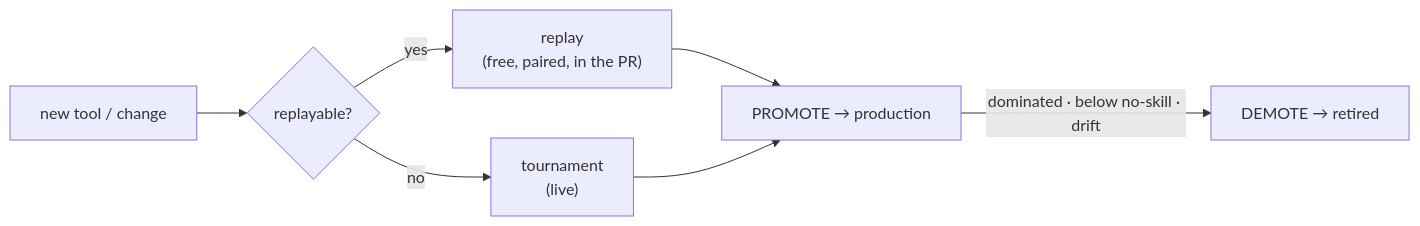
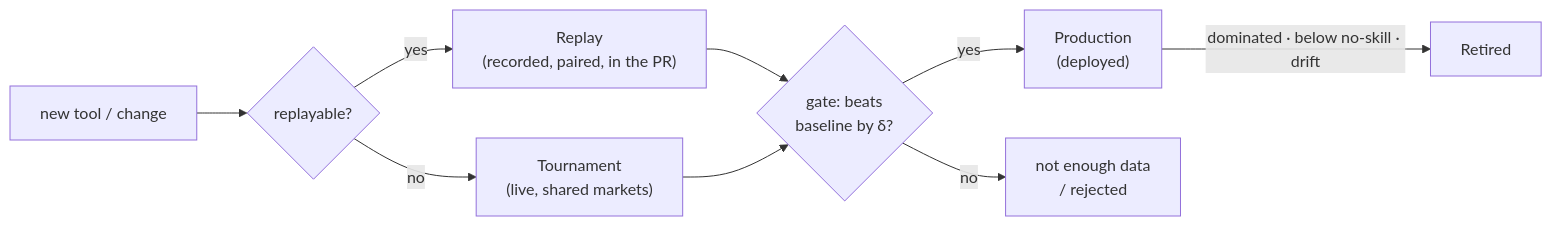
The diagram in benchmark/PROMOTE_DEMOTE_POLICY.md (valory-xyz/mech-predict), drawn with Mermaid before and after one commit. The commit also changed other lines of this file, not shown here.

First line of the commit message:
docs(benchmark): finalize promote/demote policy — metrics+gate, lifecycle, rosters

````diff
--- a/benchmark/PROMOTE_DEMOTE_POLICY.md
+++ b/benchmark/PROMOTE_DEMOTE_POLICY.md
@@ -69,9 +63,11 @@
 ```mermaid
 flowchart LR
-    chg["new tool / change"] --> Q{replayable?}
-    Q -->|yes| rep["replay<br/>(free, paired, in the PR)"]
-    Q -->|no| tour["tournament<br/>(live)"]
-    rep --> prom["PROMOTE → production"]
-    tour --> prom
-    prom -->|"dominated · below no-skill · drift"| dem["DEMOTE → retired"]
+    chg["new tool / change"] --> Q{"replayable?"}
+    Q -->|yes| rep["Replay<br/>(recorded, paired, in the PR)"]
+    Q -->|no| tour["Tournament<br/>(live, shared markets)"]
+    rep --> gate{"gate: beats<br/>baseline by δ?"}
+    tour --> gate
+    gate -->|yes| prod["Production<br/>(deployed)"]
+    gate -->|no| wait["not enough data<br/>/ rejected"]
+    prod -->|"dominated · below no-skill · drift"| ret["Retired"]
 ```
````
